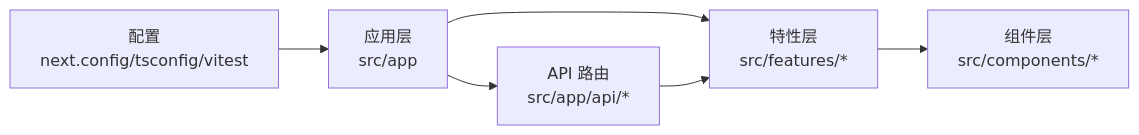
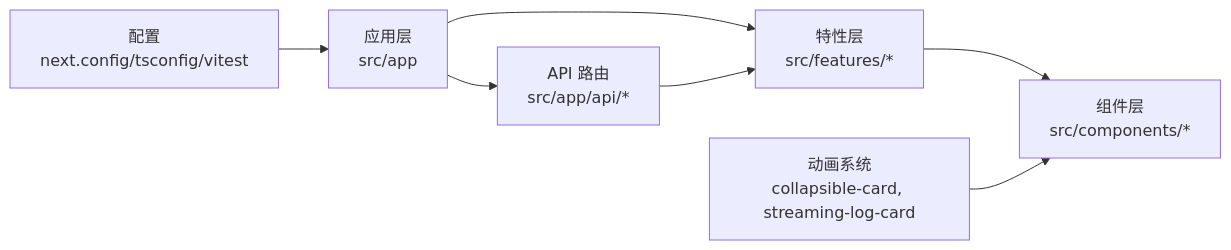
The tenth of 10 diagrams in .qoder/repowiki/zh/content/UI 组件库/运动设计系统.md (AIMFllyYS/code-video-canvas), drawn with Mermaid before and after one commit. The commit also changed other lines of this file and 47 other files, not shown here.

````diff
--- a/.qoder/repowiki/zh/content/UI 组件库/运动设计系统.md
+++ b/.qoder/repowiki/zh/content/UI 组件库/运动设计系统.md
@@ -442,8 +540,9 @@
 ```mermaid
 graph LR
 App["应用层<br/>src/app"] --> Features["特性层<br/>src/features/*"]
 Features --> Components["组件层<br/>src/components/*"]
 App --> API["API 路由<br/>src/app/api/*"]
 API --> Features
 Config["配置<br/>next.config/tsconfig/vitest"] --> App
+Animations["动画系统<br/>collapsible-card, streaming-log-card"] --> Components
 ```
````
